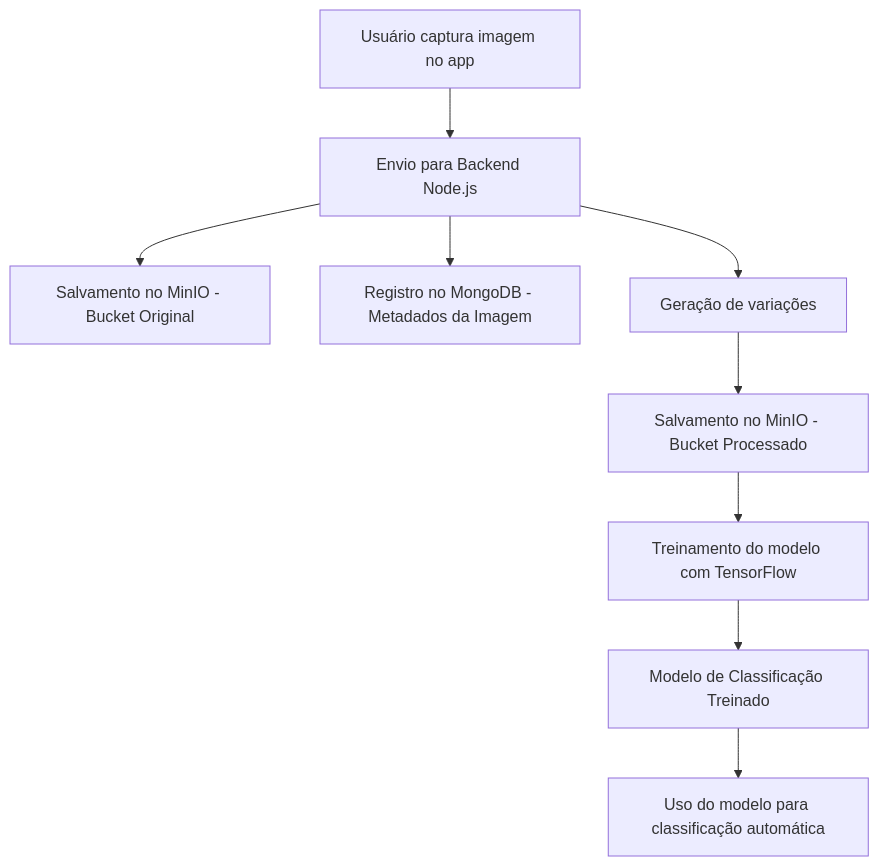
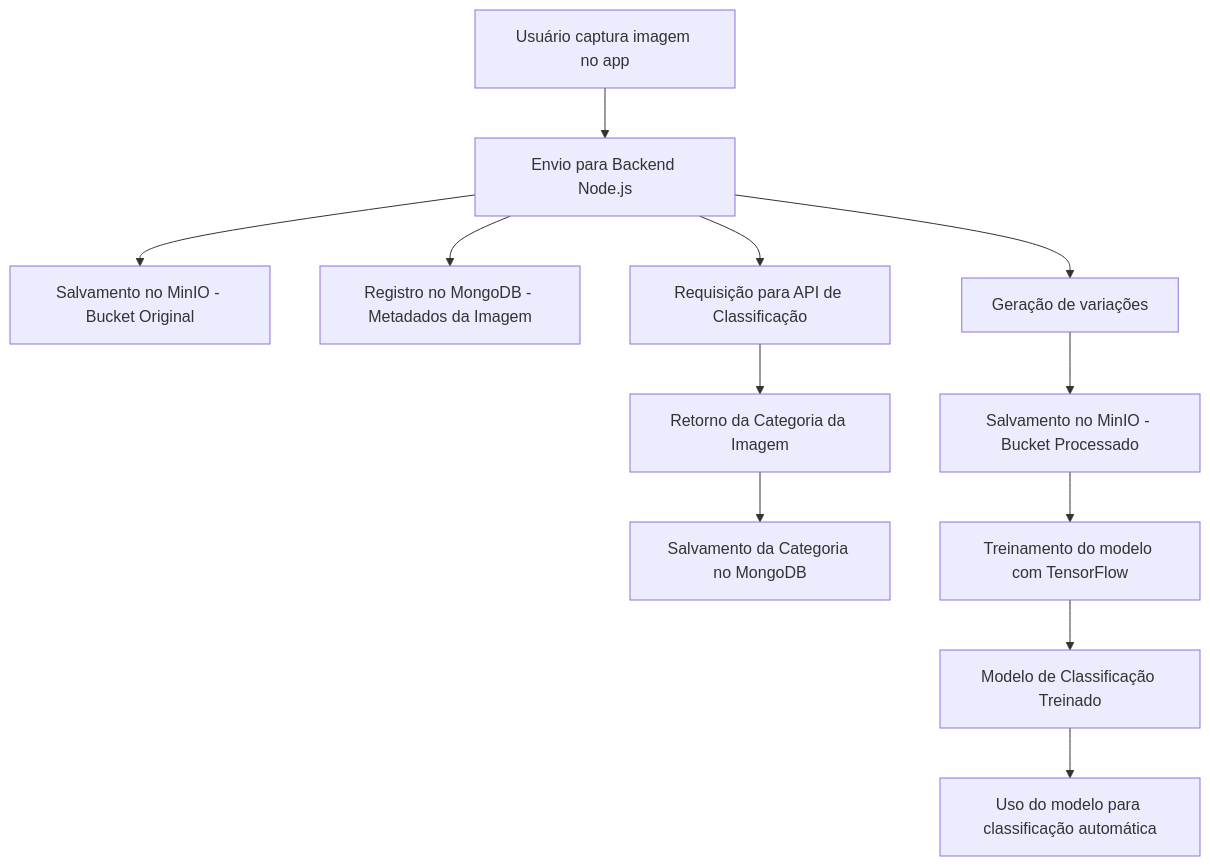
The diagram in README.md (PatrickCalorioCarvalho/OColecionador), drawn with Mermaid before and after one commit. The commit also changed other lines of this file, not shown here.

````diff
--- a/README.md
+++ b/README.md
@@ -26,11 +32,14 @@
 ```mermaid
 graph TD;
     A[Usuário captura imagem no app] --> B[Envio para Backend Node.js]
     B --> C[Salvamento no MinIO - Bucket Original]
     B --> D[Registro no MongoDB - Metadados da Imagem]
-    B --> E[Geração de variações]
-    E --> F[Salvamento no MinIO - Bucket Processado]
-    F --> G[Treinamento do modelo com TensorFlow]
-    G --> H[Modelo de Classificação Treinado]
-    H --> I[Uso do modelo para classificação automática]
+    B --> E[Requisição para API de Classificação]
+    E --> F[Retorno da Categoria da Imagem]
+    F --> G[Salvamento da Categoria no MongoDB]
+    B --> H[Geração de variações]
+    H --> I[Salvamento no MinIO - Bucket Processado]
+    I --> J[Treinamento do modelo com TensorFlow]
+    J --> K[Modelo de Classificação Treinado]
+    K --> L[Uso do modelo para classificação automática]
 ```
````
